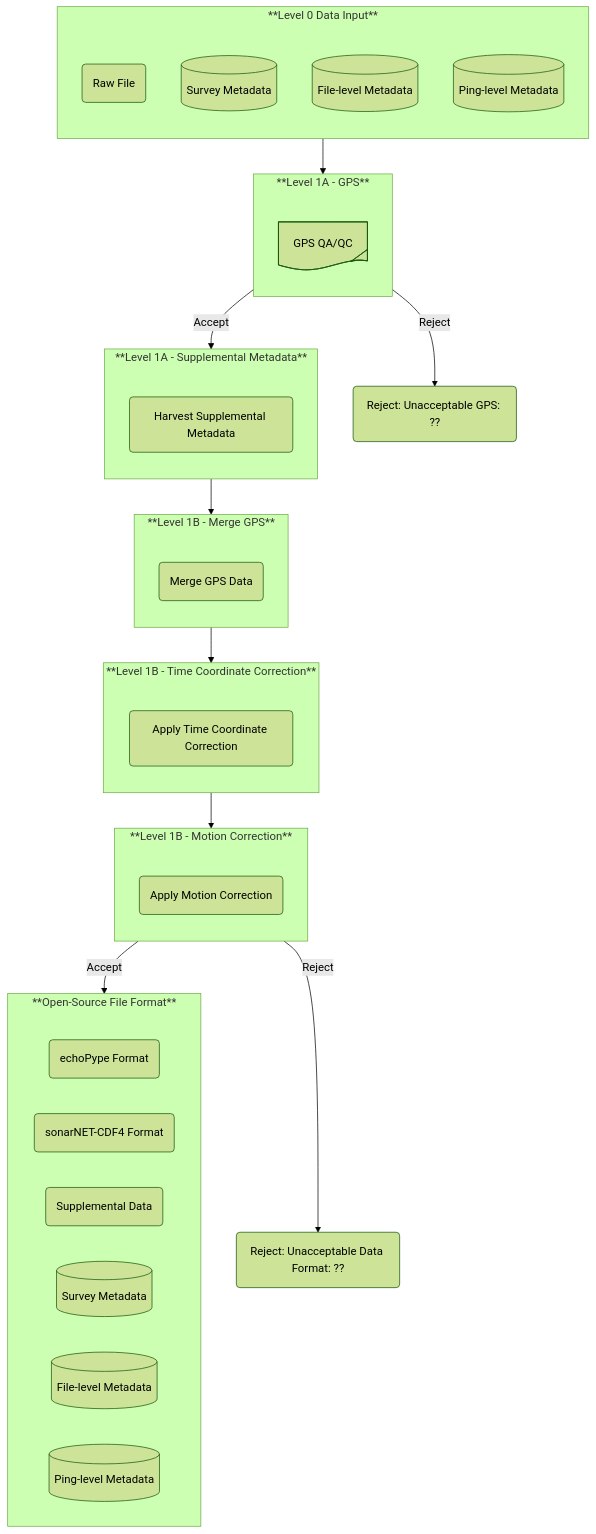
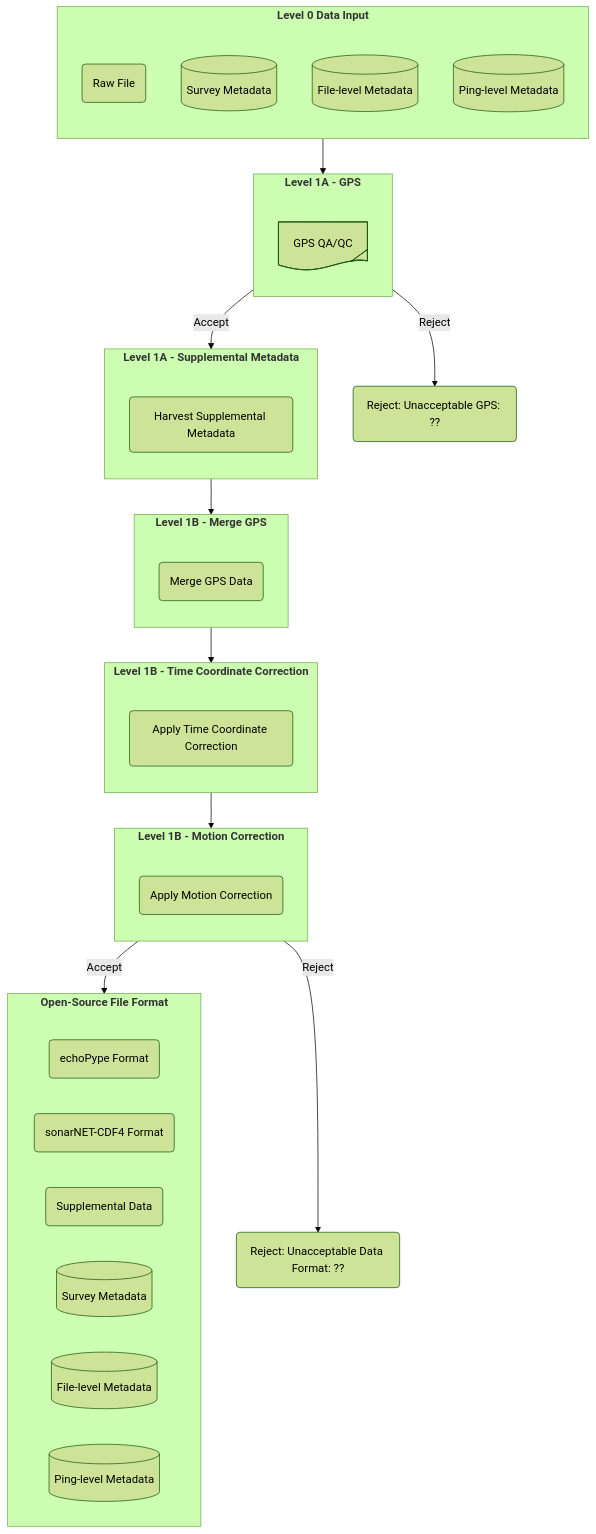
Before and after one commit to nmfs-ost/AA-SI_DataRoadMap: the third of 6 diagrams in README.md, drawn with Mermaid (forest theme). The commit also changed other lines of this file, not shown here.

````diff
--- a/README.md
+++ b/README.md
@@ -148,55 +148,55 @@
 ```mermaid
 ---
 config:
     flowchart:
         subGraphTitleMargin:
             "bottom": 30
 ---
 flowchart TB
-    subgraph SG_L1_InputData["**Level 0 Data Input**"]
+    subgraph SG_L1_InputData["<b>Level 0 Data Input</b>"]
         direction TB
         node_L1_RD@{ shape: rounded, label: "Raw File" }
         node_L1_SMD@{ shape: database, label: "Survey Metadata" }
         node_L1_FMD@{ shape: database, label: "File-level Metadata" }
         node_L1_PMD@{ shape: database, label: "Ping-level Metadata" }
     end
-    subgraph SG_L1A_GPS["**Level 1A - GPS**"]
+    subgraph SG_L1A_GPS["<b>Level 1A - GPS</b>"]
         direction TB
         node_L1A_GPS@{ shape: tag-doc, label: "GPS QA/QC" }
     end
-    subgraph SG_L1A_MD["**Level 1A - Supplemental Metadata**"]
+    subgraph SG_L1A_MD["<b>Level 1A - Supplemental Metadata</b>"]
         direction TB
         node_L1A_MD@{ shape: rounded, label: "Harvest Supplemental Metadata" } 
     end
-    subgraph SG_L1B_MergeGPS["**Level 1B - Merge GPS**"]
+    subgraph SG_L1B_MergeGPS["<b>Level 1B - Merge GPS</b>"]
         direction TB
         node_L1B_MergeGPS@{ shape: rounded, label: "Merge GPS Data" } 
     end
-    subgraph SG_L1B_TimeCorr["**Level 1B - Time Coordinate Correction**"]
+    subgraph SG_L1B_TimeCorr["<b>Level 1B - Time Coordinate Correction</b>"]
         direction TB
         node_L1B_TimeCorr@{ shape: rounded, label: "Apply Time Coordinate Correction" } 
     end
-    subgraph SG_L1B_Motion["**Level 1B - Motion Correction**"]
+    subgraph SG_L1B_Motion["<b>Level 1B - Motion Correction</b>"]
         direction TB
         node_L1B_Motion@{ shape: rounded, label: "Apply Motion Correction" } 
     end
-    subgraph SG_L1B_OS["**Open-Source File Format**"]
+    subgraph SG_L1B_OS["<b>Open-Source File Format</b>"]
         direction LR
         node_L1B_EP@{ shape: rounded, label: "echoPype Format"}
         node_L1B_sonarNet@{ shape: rounded, label: "sonarNET-CDF4 Format"}
         node_L1B_suppdata@{ shape: rounded, label: "Supplemental Data"}
         node_L1B_SMD@{ shape: database, label: "Survey Metadata" }
         node_L1B_FMD@{ shape: database, label: "File-level Metadata" }
         node_L1B_PMD@{ shape: database, label: "Ping-level Metadata" }
     end
 SG_L1_InputData --> SG_L1A_GPS
 SG_L1A_GPS --> |Accept| SG_L1A_MD
 SG_L1A_GPS --> |Reject| node_Reject_L1A_GPS@{ shape: rounded, label: "Reject: Unacceptable GPS: ??" }
 SG_L1A_MD --> SG_L1B_MergeGPS
 SG_L1B_MergeGPS --> SG_L1B_TimeCorr
 SG_L1B_TimeCorr --> SG_L1B_Motion
 SG_L1B_Motion --> |Accept| SG_L1B_OS
 SG_L1B_Motion --> |Reject| node_Reject_L1B@{ shape: rounded, label: "Reject: Unacceptable Data Format: ??" }
 
 
 ```
````
